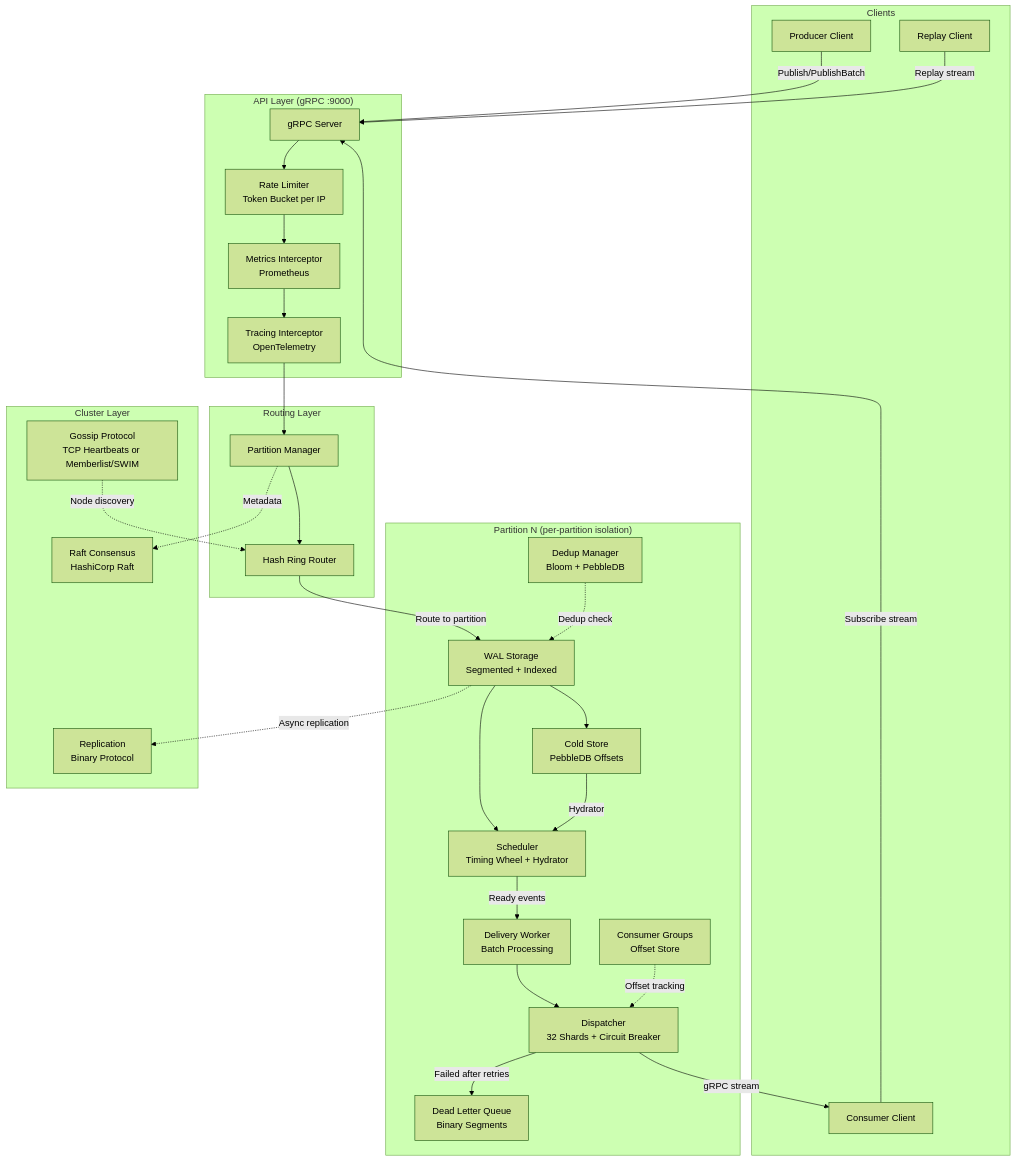
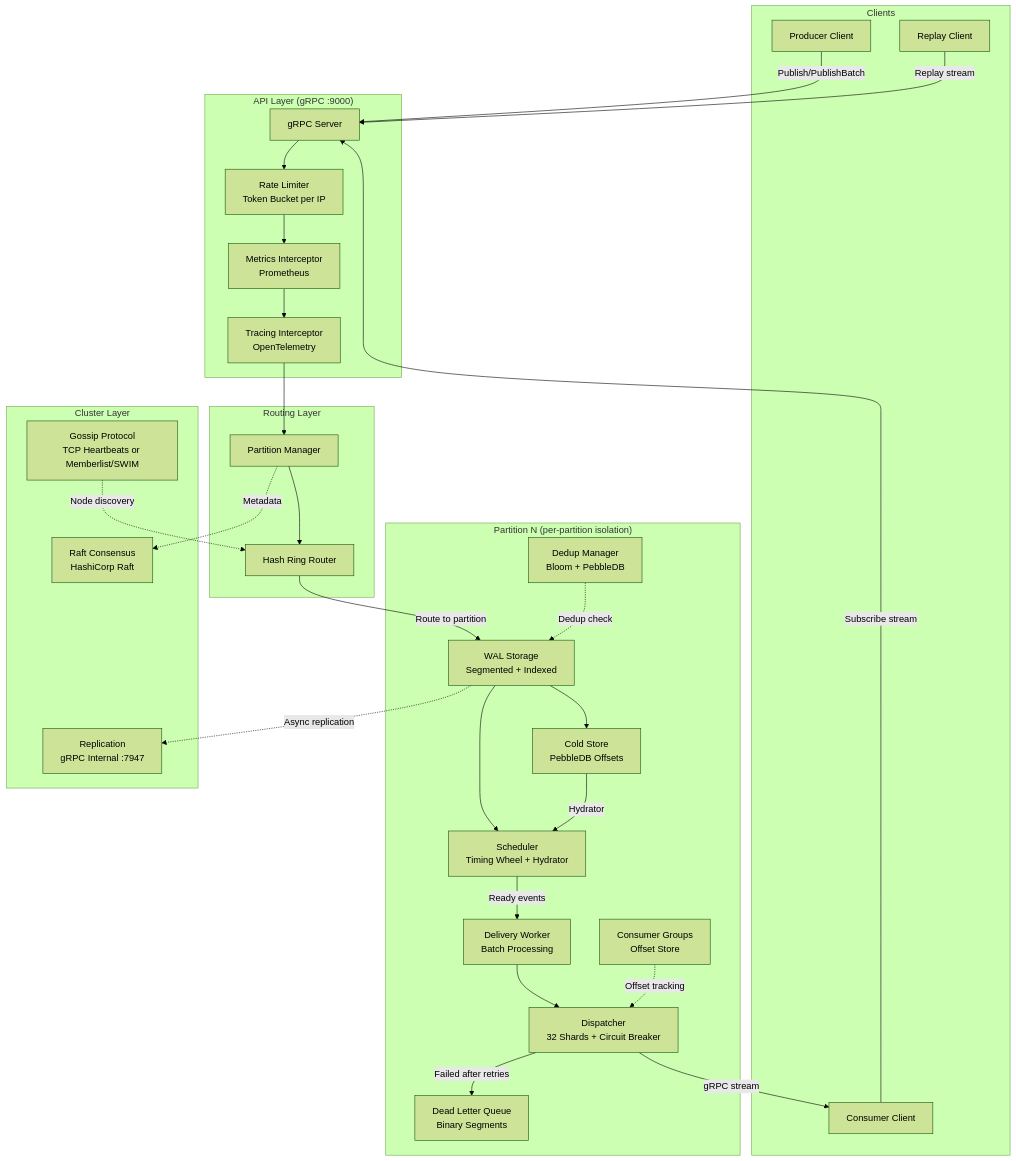
Before and after one commit to jatin711-debug/cronos_db_golang: the first of 47 diagrams in ARCHITECTURE.md, drawn with Mermaid (forest theme). The commit also changed other lines of this file and 24 other files, not shown here.

First line of the commit message:
docs: align architecture docs and mermaid with current runtime

````diff
--- a/ARCHITECTURE.md
+++ b/ARCHITECTURE.md
@@ -50,57 +52,57 @@
 ```mermaid
 graph TB
     subgraph Clients
         C1[Producer Client]
         C2[Consumer Client]
         C3[Replay Client]
     end
 
     subgraph "API Layer (gRPC :9000)"
         GW[gRPC Server]
         RL[Rate Limiter<br/>Token Bucket per IP]
         MT[Metrics Interceptor<br/>Prometheus]
         TR[Tracing Interceptor<br/>OpenTelemetry]
     end
 
     subgraph "Routing Layer"
         PM[Partition Manager]
         HR[Hash Ring Router]
     end
 
     subgraph "Partition N (per-partition isolation)"
         WAL[WAL Storage<br/>Segmented + Indexed]
         CS[Cold Store<br/>PebbleDB Offsets]
         SCH[Scheduler<br/>Timing Wheel + Hydrator]
         DD[Dedup Manager<br/>Bloom + PebbleDB]
         DSP[Dispatcher<br/>32 Shards + Circuit Breaker]
         WRK[Delivery Worker<br/>Batch Processing]
         CG[Consumer Groups<br/>Offset Store]
         DLQ[Dead Letter Queue<br/>Binary Segments]
     end
 
     subgraph "Cluster Layer"
         RAFT[Raft Consensus<br/>HashiCorp Raft]
         GOSSIP[Gossip Protocol<br/>TCP Heartbeats or Memberlist/SWIM]
-        REPL[Replication<br/>Binary Protocol]
+        REPL[Replication<br/>gRPC Internal :7947]
     end
 
     C1 -->|Publish/PublishBatch| GW
     C2 -->|Subscribe stream| GW
     C3 -->|Replay stream| GW
     GW --> RL --> MT --> TR
     TR --> PM
     PM --> HR
     HR -->|Route to partition| WAL
     WAL --> SCH
     WAL --> CS
     CS -->|Hydrator| SCH
     SCH -->|Ready events| WRK
     WRK --> DSP
     DSP -->|gRPC stream| C2
     DSP -->|Failed after retries| DLQ
     DD -.->|Dedup check| WAL
     CG -.->|Offset tracking| DSP
     WAL -.->|Async replication| REPL
     PM -.->|Metadata| RAFT
     GOSSIP -.->|Node discovery| HR
 ```
````
